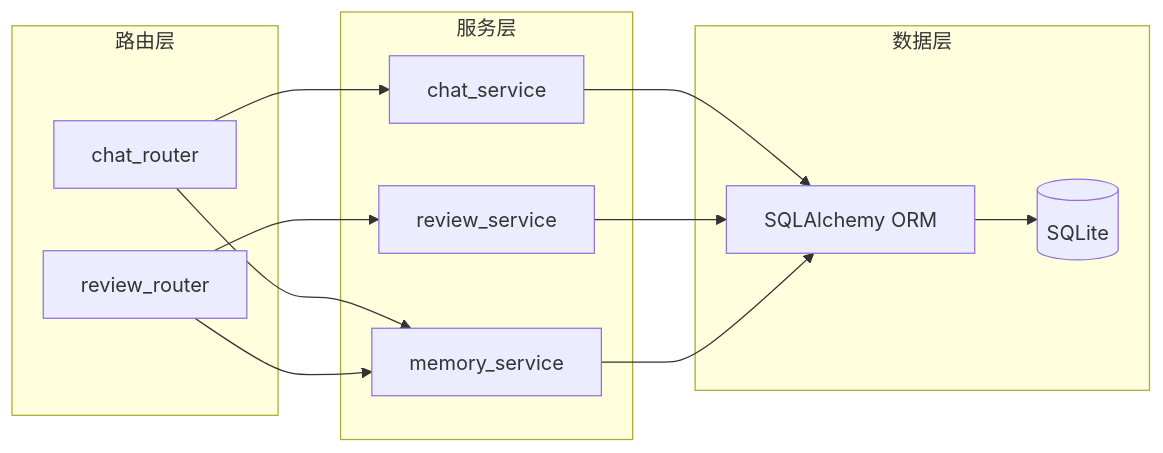
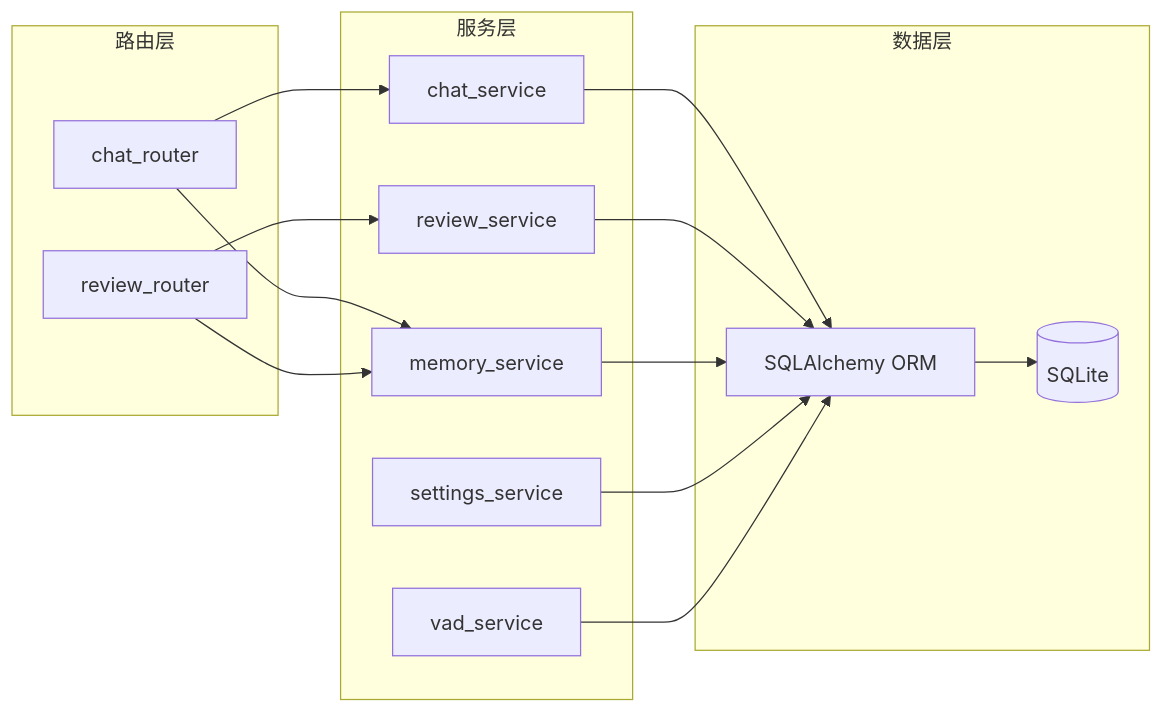
The third of 3 diagrams in docs/architecture/c4-container.md (bob798/speakeasy), drawn with Mermaid before and after one commit. The commit also changed other lines of this file and 34 other files, not shown here.

````diff
--- a/docs/architecture/c4-container.md
+++ b/docs/architecture/c4-container.md
@@ -71,27 +80,31 @@
 ```mermaid
 graph LR
     subgraph Routers["路由层"]
         CR[chat_router]
         RR[review_router]
     end
 
     subgraph Services["服务层"]
         CS[chat_service]
         RS[review_service]
         MS[memory_service]
+        SS[settings_service]
+        VS[vad_service]
     end
 
     subgraph Data["数据层"]
         ORM[SQLAlchemy ORM]
         DB[(SQLite)]
     end
 
     CR --> CS
     CR --> MS
     RR --> RS
     RR --> MS
     CS --> ORM
     RS --> ORM
     MS --> ORM
+    SS --> ORM
+    VS --> ORM
     ORM --> DB
 ```
````
